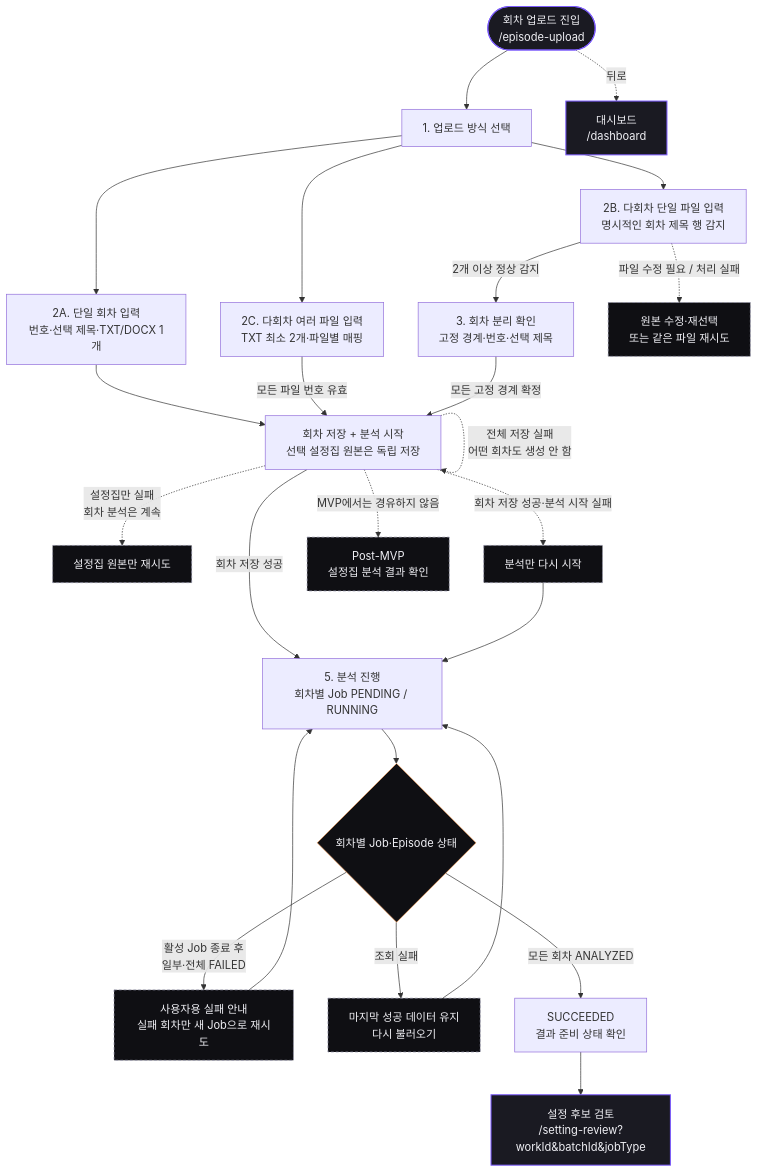
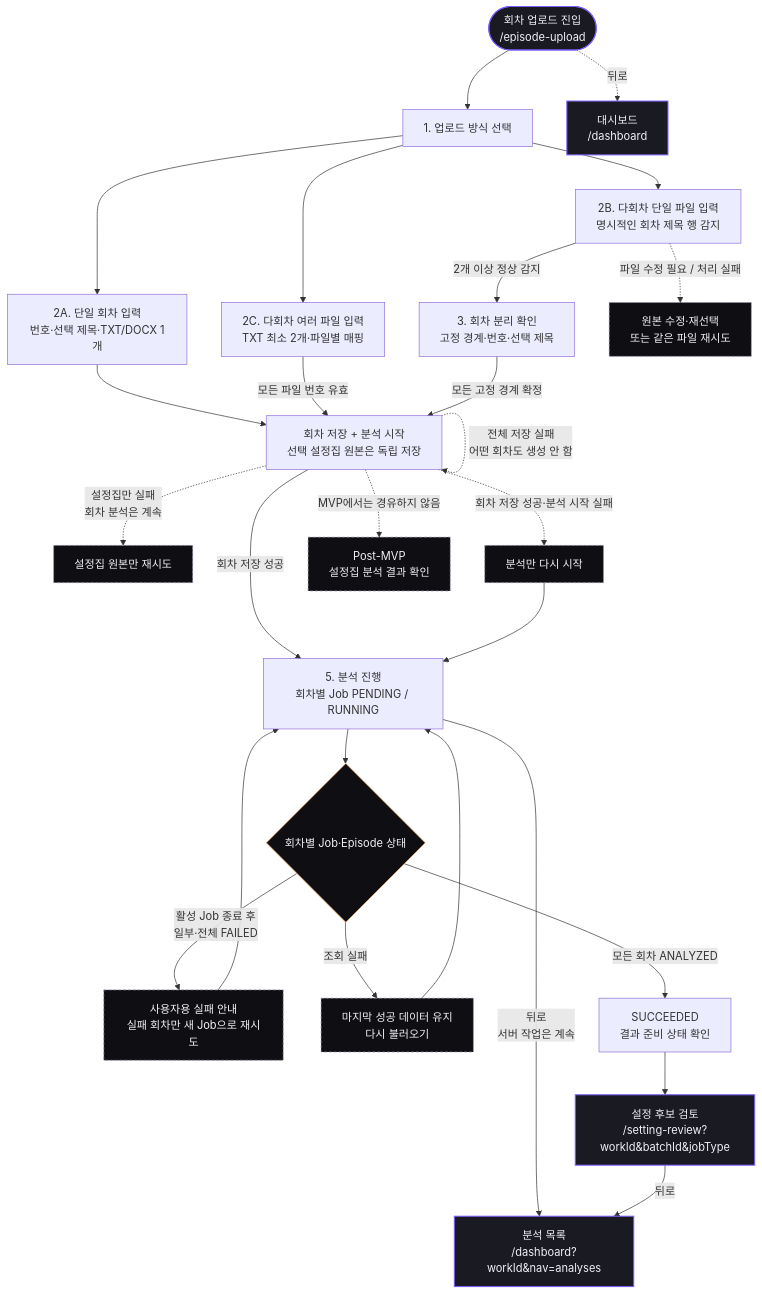
One commit to catchhole-soma/catchhole-front changed the sixth of 7 diagrams in docs/screen-flow.md. Above: the diagram before and after it, drawn with Mermaid. The commit also changed other lines of this file and 6 other files, not shown here.

````diff
--- a/docs/screen-flow.md
+++ b/docs/screen-flow.md
@@ -308,37 +328,39 @@
 ```mermaid
 flowchart TD
   start(["회차 업로드 진입<br/>/episode-upload"]):::private --> mode["1. 업로드 방식 선택"]
 
   mode --> mA["2A. 단일 회차 입력<br/>번호·선택 제목·TXT/DOCX 1개"]
   mode --> mB["2B. 다회차 단일 파일 입력<br/>명시적인 회차 제목 행 감지"]
   mode --> mC["2C. 다회차 여러 파일 입력<br/>TXT 최소 2개·파일별 매핑"]
 
   mB -- "2개 이상 정상 감지" --> bp["3. 회차 분리 확인<br/>고정 경계·번호·선택 제목"]
   mB -. "파일 수정 필요 / 처리 실패" .-> mBState["원본 수정·재선택<br/>또는 같은 파일 재시도"]:::modal
 
   mA --> persist["회차 저장 + 분석 시작<br/>선택 설정집 원본은 독립 저장"]
   mC -- "모든 파일 번호 유효" --> persist
   bp -- "모든 고정 경계 확정" --> persist
 
   persist -- "회차 저장 성공" --> proc["5. 분석 진행<br/>회차별 Job PENDING / RUNNING"]
   persist -. "전체 저장 실패<br/>어떤 회차도 생성 안 함" .-> persist
   persist -. "설정집만 실패<br/>회차 분석은 계속" .-> retrySetting["설정집 원본만 재시도"]:::modal
   persist -. "회차 저장 성공·분석 시작 실패" .-> retryAnalysis["분석만 다시 시작"]:::modal
   retryAnalysis --> proc
 
   proc --> state{"회차별 Job·Episode 상태"}:::decision
   state -- "활성 Job 종료 후<br/>일부·전체 FAILED" --> retry["사용자용 실패 안내<br/>실패 회차만 새 Job으로 재시도"]:::modal --> proc
   state -- "조회 실패" --> reload["마지막 성공 데이터 유지<br/>다시 불러오기"]:::modal --> proc
   state -- "모든 회차 ANALYZED" --> success["SUCCEEDED<br/>결과 준비 상태 확인"]
 
   success --> review["설정 후보 검토<br/>/setting-review?workId&batchId&jobType"]:::private
+  proc -- "뒤로<br/>서버 작업은 계속" --> analyses["분석 목록<br/>/dashboard?workId&nav=analyses"]:::private
+  review -- "뒤로" --> analyses
 
   postMvp["Post-MVP<br/>설정집 분석 결과 확인"]:::modal
   persist -. "MVP에서는 경유하지 않음" .-> postMvp
 
   start -. "뒤로" .-> dashboard["대시보드<br/>/dashboard"]:::private
 
   classDef private fill:#1A1A22,stroke:#7C5CFC,stroke-width:1.5px,color:#F0F0F5;
   classDef modal fill:#0F0F13,stroke:#9090A8,stroke-dasharray:4 3,color:#F0F0F5;
   classDef decision fill:#0F0F13,stroke:#F4A261,color:#F0F0F5;
 ```
````
